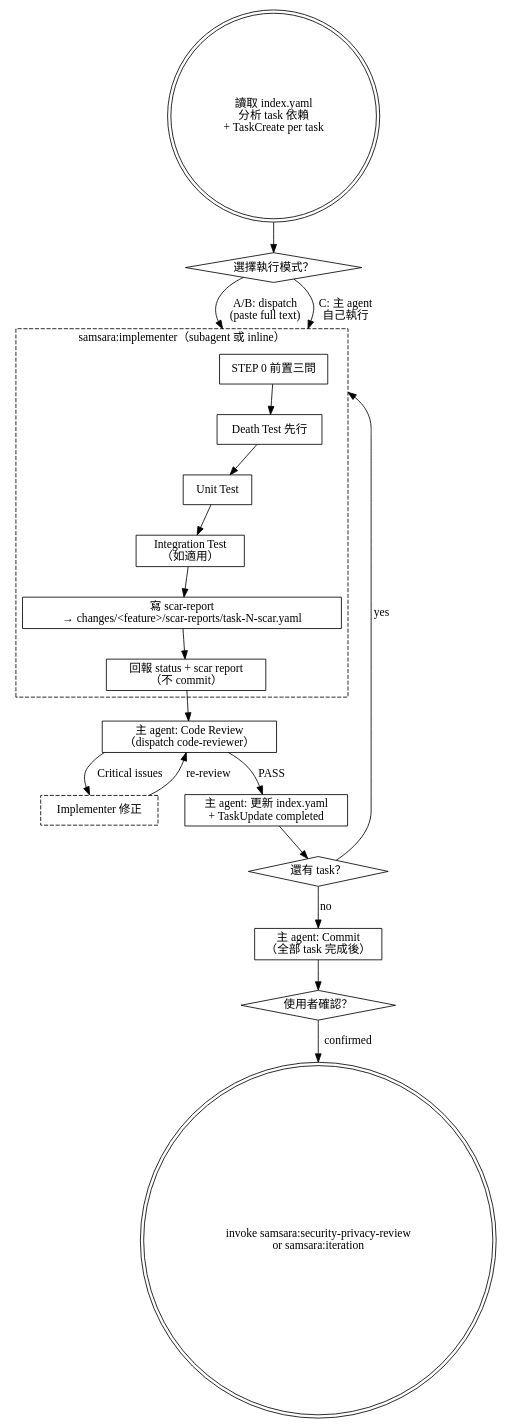
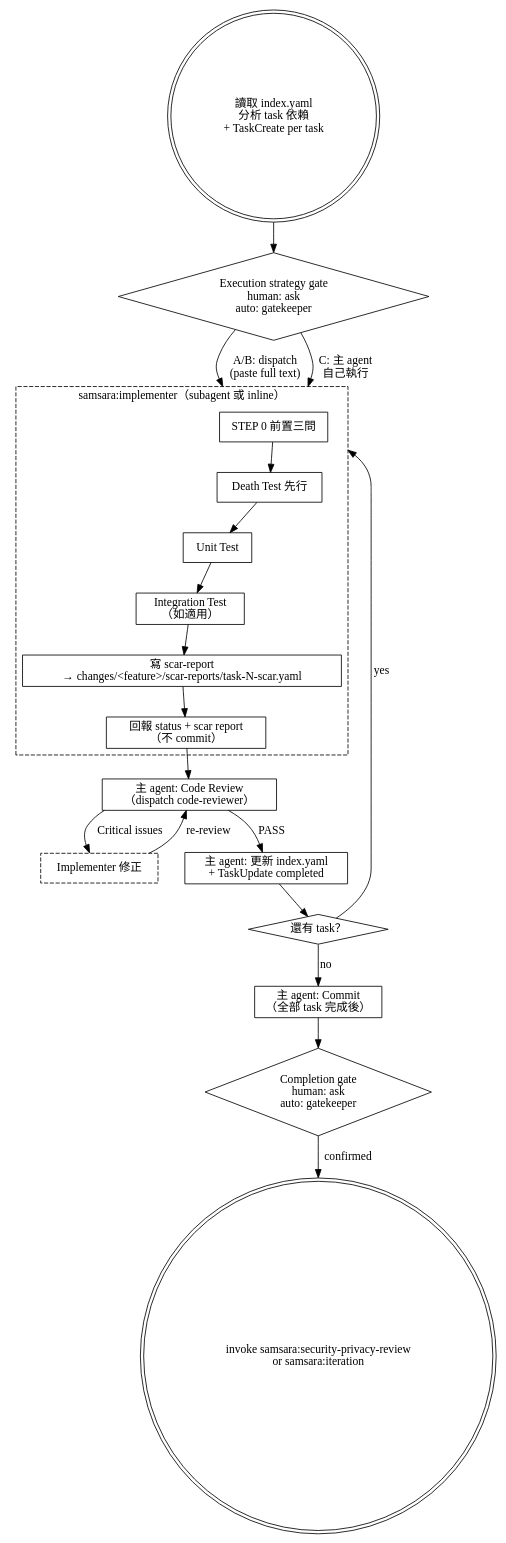
One commit to roymondliao/samsara changed the diagram in skills/implement/SKILL.md. Above: the diagram before and after it, drawn with Graphviz. The commit also changed other lines of this file and 66 other files, not shown here.

````diff
--- a/skills/implement/SKILL.md
+++ b/skills/implement/SKILL.md
@@ -21,48 +21,48 @@
 ```dot
 digraph implement {
     node [shape=box];
     compound=true;
 
     start [label="讀取 index.yaml\n分析 task 依賴\n+ TaskCreate per task" shape=doublecircle];
-    mode [label="選擇執行模式？" shape=diamond];
+    mode [label="Execution strategy gate\nhuman: ask\nauto: gatekeeper" shape=diamond];
 
     subgraph cluster_implementer {
         label="samsara:implementer（subagent 或 inline）";
         style=dashed;
         step0 [label="STEP 0 前置三問"];
         death_test [label="Death Test 先行"];
         unit_test [label="Unit Test"];
         integration [label="Integration Test\n（如適用）"];
         scar [label="寫 scar-report\n→ changes/<feature>/scar-reports/task-N-scar.yaml"];
         report [label="回報 status + scar report\n（不 commit）"];
     }
 
     review [label="主 agent: Code Review\n（dispatch code-reviewer）"];
     fix [label="Implementer 修正" style=dashed];
     update [label="主 agent: 更新 index.yaml\n+ TaskUpdate completed"];
     more [label="還有 task？" shape=diamond];
     commit [label="主 agent: Commit\n（全部 task 完成後）"];
-    gate [label="使用者確認？" shape=diamond];
+    gate [label="Completion gate\nhuman: ask\nauto: gatekeeper" shape=diamond];
     next [label="invoke samsara:security-privacy-review\nor samsara:iteration" shape=doublecircle];
 
     start -> mode;
     mode -> step0 [label="A/B: dispatch\n(paste full text)" lhead=cluster_implementer];
     mode -> step0 [label="C: 主 agent\n自己執行" lhead=cluster_implementer];
 
     step0 -> death_test;
     death_test -> unit_test;
     unit_test -> integration;
     integration -> scar;
     scar -> report;
 
     report -> review;
     review -> update [label="PASS"];
     review -> fix [label="Critical issues"];
     fix -> review [label="re-review"];
     update -> more;
     more -> step0 [label="yes" lhead=cluster_implementer];
     more -> commit [label="no"];
     commit -> gate;
     gate -> next [label="confirmed"];
 }
 ```
````
